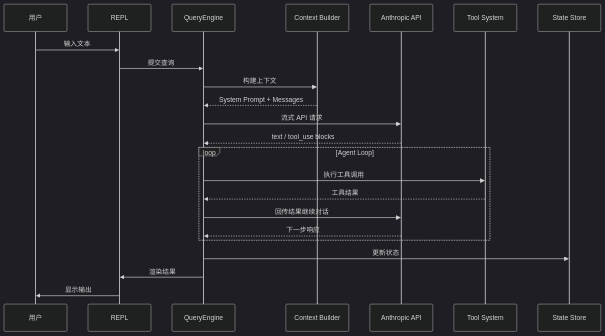
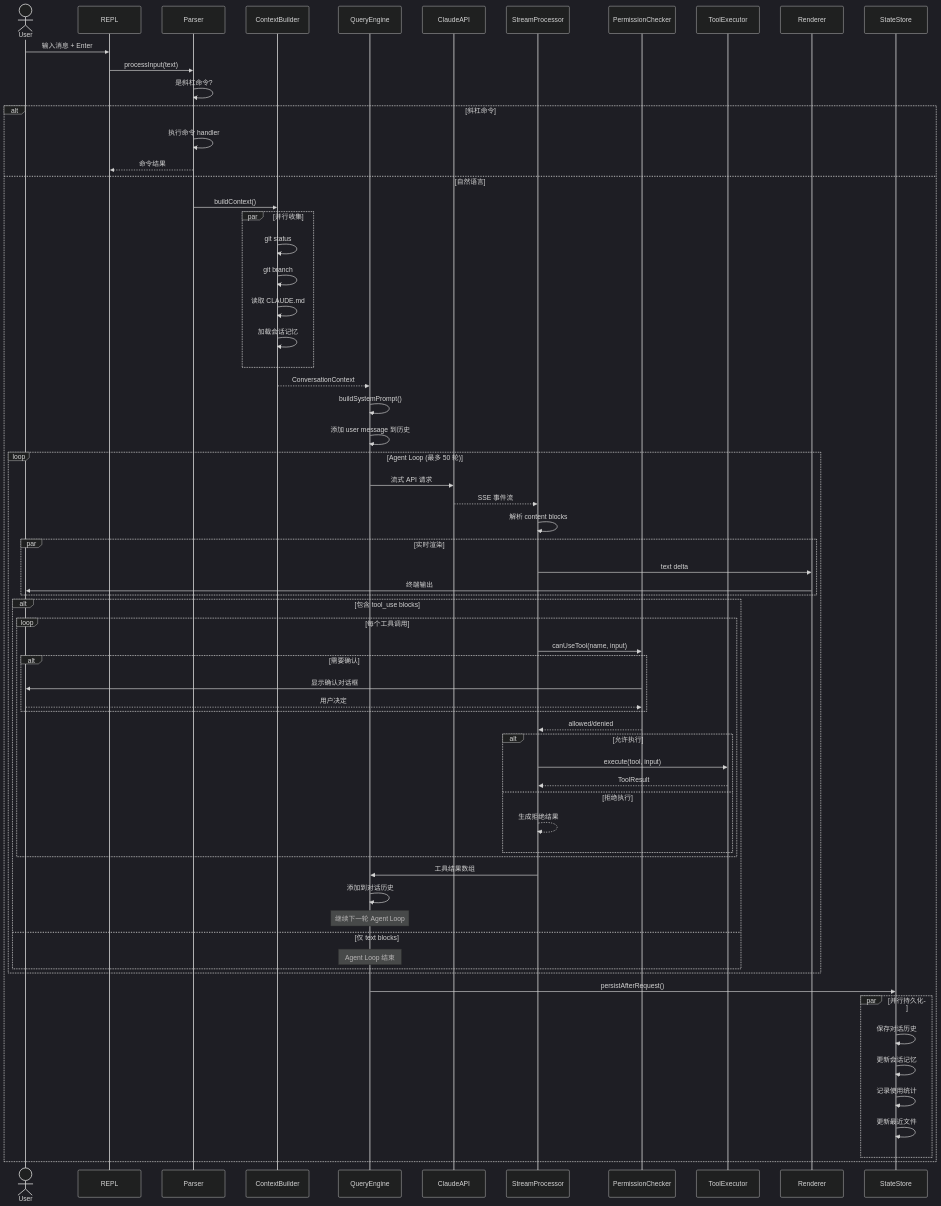
One commit to cat-coco/claude-code-haha changed the fourth of 7 diagrams in claude-code-blog/frontend/src/content/articles/15-architecture-diagrams.md. Above: the diagram before and after it, drawn with Mermaid (dark theme). The commit also changed other lines of this file, not shown here.

First line of the commit message:
docs: enhance architecture diagrams article with 7 detailed mermaid diagrams

````diff
--- a/claude-code-blog/frontend/src/content/articles/15-architecture-diagrams.md
+++ b/claude-code-blog/frontend/src/content/articles/15-architecture-diagrams.md
@@ -73,28 +195,85 @@
 ```mermaid
 sequenceDiagram
-    participant U as 用户
+    actor U as User
     participant R as REPL
+    participant P as Parser
+    participant C as ContextBuilder
     participant Q as QueryEngine
-    participant C as Context Builder
-    participant A as Anthropic API
-    participant T as Tool System
-    participant S as State Store
+    participant A as ClaudeAPI
+    participant S as StreamProcessor
+    participant PC as PermissionChecker
+    participant T as ToolExecutor
+    participant RD as Renderer
+    participant ST as StateStore
 
-    U->>R: 输入文本
-    R->>Q: 提交查询
-    Q->>C: 构建上下文
-    C-->>Q: System Prompt + Messages
-    Q->>A: 流式 API 请求
-    A-->>Q: text / tool_use blocks
-    
-    loop Agent Loop
-        Q->>T: 执行工具调用
-        T-->>Q: 工具结果
-        Q->>A: 回传结果继续对话
-        A-->>Q: 下一步响应
+    U->>R: 输入消息 + Enter
+
+    R->>P: processInput(text)
+    P->>P: 是斜杠命令?
+
+    alt 斜杠命令
+        P->>P: 执行命令 handler
+        P-->>R: 命令结果
+    else 自然语言
+        P->>C: buildContext()
+
+        par 并行收集
+            C->>C: git status
+            C->>C: git branch
+            C->>C: 读取 CLAUDE.md
+            C->>C: 加载会话记忆
+        end
+
+        C-->>Q: ConversationContext
+
+        Q->>Q: buildSystemPrompt()
+        Q->>Q: 添加 user message 到历史
+
+        loop Agent Loop (最多 50 轮)
+            Q->>A: 流式 API 请求
+            A-->>S: SSE 事件流
+
+            S->>S: 解析 content blocks
+
+            par 实时渲染
+                S->>RD: text delta
+                RD->>U: 终端输出
+            end
+
+            alt 包含 tool_use blocks
+                loop 每个工具调用
+                    S->>PC: canUseTool(name, input)
+
+                    alt 需要确认
+                        PC->>U: 显示确认对话框
+                        U-->>PC: 用户决定
+                    end
+
+                    PC-->>S: allowed/denied
+
+                    alt 允许执行
+                        S->>T: execute(tool, input)
+                        T-->>S: ToolResult
+                    else 拒绝执行
+                        S-->>S: 生成拒绝结果
+                    end
+                end
+
+                S->>Q: 工具结果数组
+                Q->>Q: 添加到对话历史
+                Note over Q: 继续下一轮 Agent Loop
+            else 仅 text blocks
+                Note over Q: Agent Loop 结束
+            end
+        end
+
+        Q->>ST: persistAfterRequest()
+
+        par 并行持久化
+            ST->>ST: 保存对话历史
+            ST->>ST: 更新会话记忆
+            ST->>ST: 记录使用统计
+            ST->>ST: 更新最近文件
+        end
     end
-    
-    Q->>S: 更新状态
-    Q->>R: 渲染结果
-    R->>U: 显示输出
 ```
````
